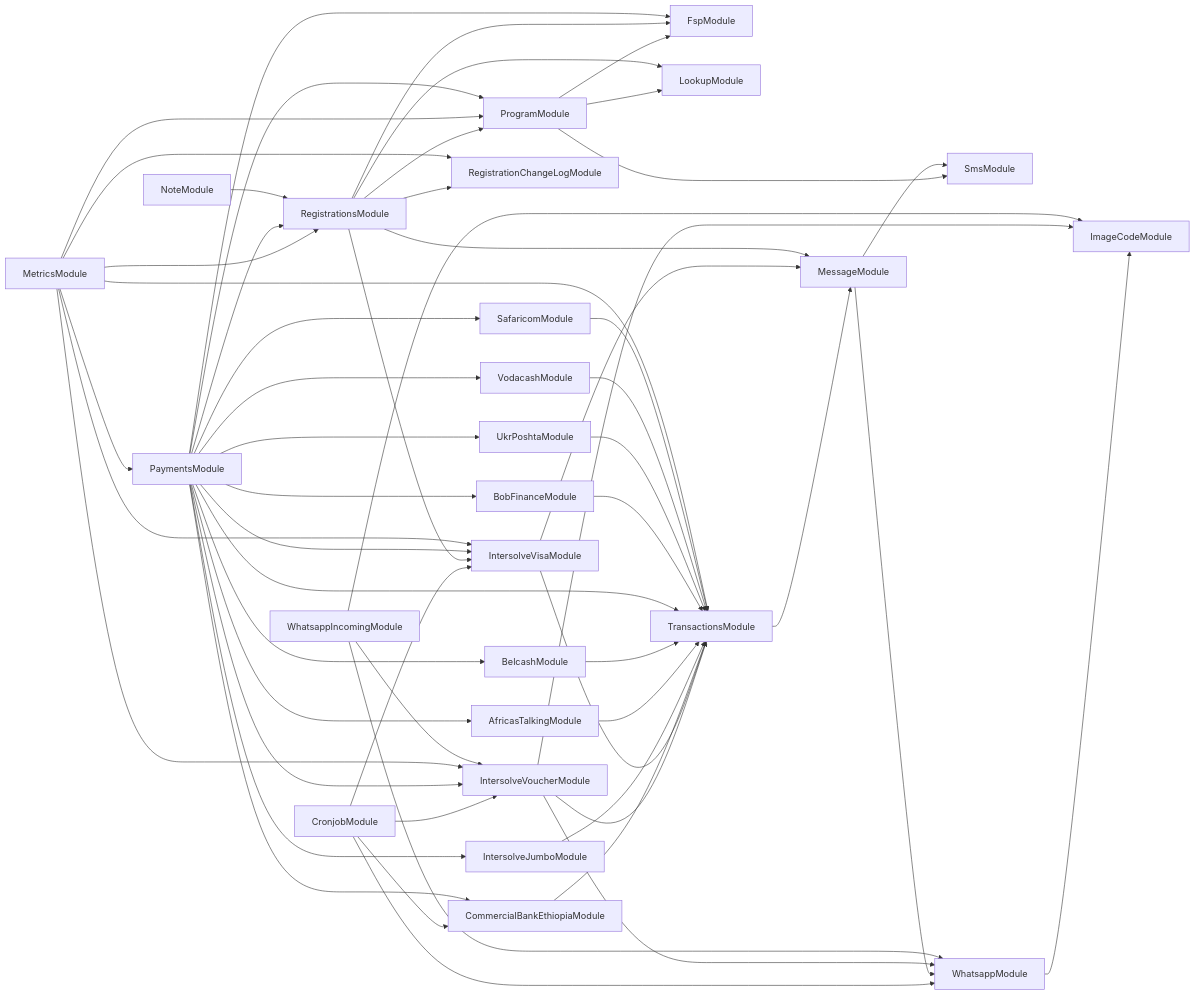
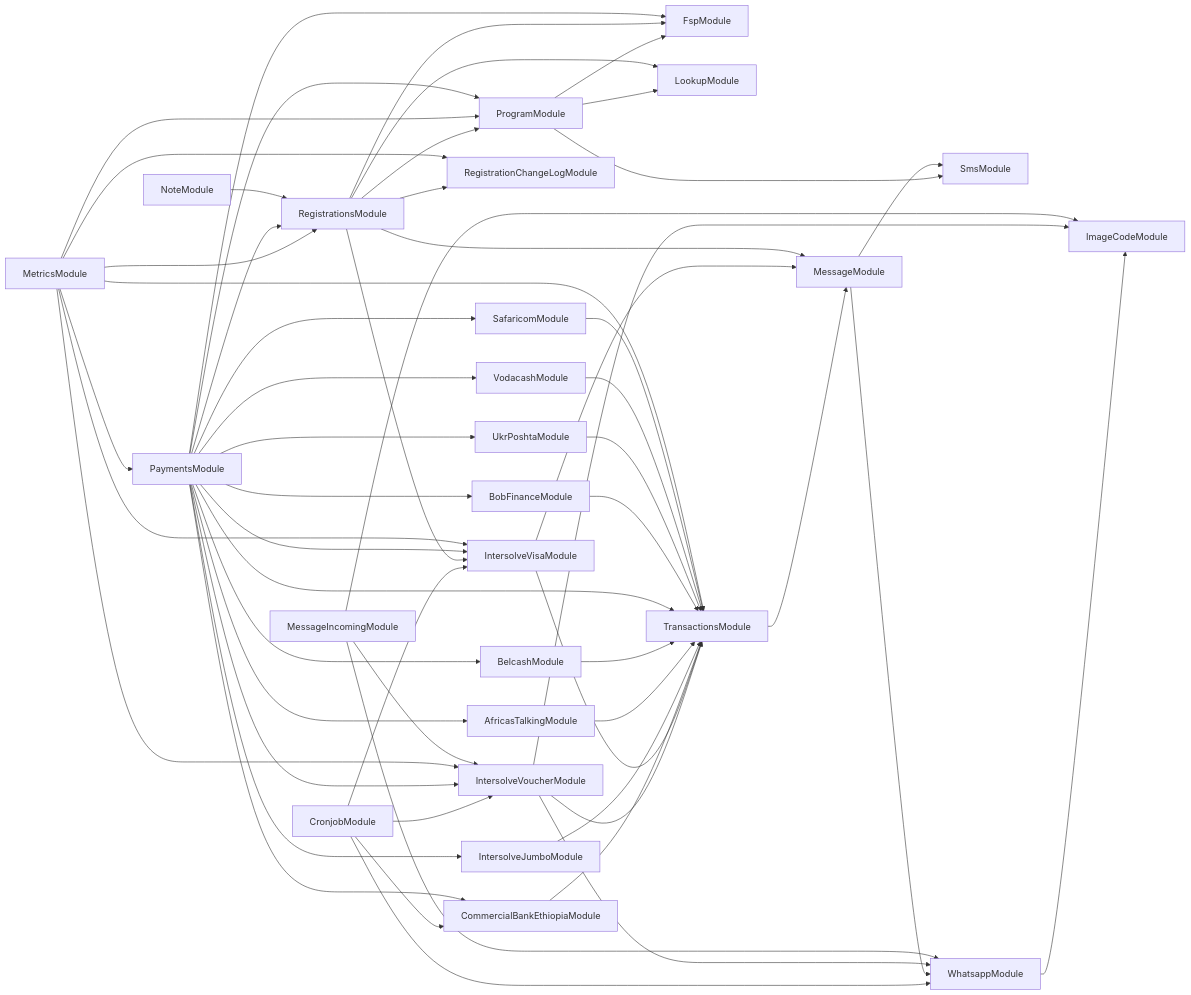
The diagram in services/121-service/module-dependencies.md (global-121/121-platform), drawn with Mermaid before and after one commit. The commit also changed 12 other files, not shown here.

````diff
--- a/services/121-service/module-dependencies.md
+++ b/services/121-service/module-dependencies.md
@@ -3,58 +3,58 @@
 ```mermaid
 graph LR
   ProgramModule-->SmsModule
   ProgramModule-->FspModule
   ProgramModule-->LookupModule
   CronjobModule-->WhatsappModule
   WhatsappModule-->ImageCodeModule
   CronjobModule-->IntersolveVoucherModule
   IntersolveVoucherModule-->ImageCodeModule
   IntersolveVoucherModule-->TransactionsModule
   TransactionsModule-->MessageModule
   MessageModule-->WhatsappModule
   MessageModule-->SmsModule
   IntersolveVoucherModule-->WhatsappModule
   CronjobModule-->IntersolveVisaModule
   IntersolveVisaModule-->TransactionsModule
   IntersolveVisaModule-->MessageModule
   CronjobModule-->CommercialBankEthiopiaModule
   CommercialBankEthiopiaModule-->TransactionsModule
   RegistrationsModule-->LookupModule
   RegistrationsModule-->ProgramModule
   RegistrationsModule-->FspModule
   RegistrationsModule-->MessageModule
   RegistrationsModule-->IntersolveVisaModule
   RegistrationsModule-->RegistrationChangeLogModule
   MetricsModule-->ProgramModule
   MetricsModule-->RegistrationsModule
   MetricsModule-->PaymentsModule
   PaymentsModule-->FspModule
   PaymentsModule-->IntersolveVoucherModule
   PaymentsModule-->IntersolveVisaModule
   PaymentsModule-->IntersolveJumboModule
   IntersolveJumboModule-->TransactionsModule
   PaymentsModule-->AfricasTalkingModule
   AfricasTalkingModule-->TransactionsModule
   PaymentsModule-->BelcashModule
   BelcashModule-->TransactionsModule
   PaymentsModule-->TransactionsModule
   PaymentsModule-->BobFinanceModule
   BobFinanceModule-->TransactionsModule
   PaymentsModule-->UkrPoshtaModule
   UkrPoshtaModule-->TransactionsModule
   PaymentsModule-->VodacashModule
   VodacashModule-->TransactionsModule
   PaymentsModule-->SafaricomModule
   SafaricomModule-->TransactionsModule
   PaymentsModule-->CommercialBankEthiopiaModule
   PaymentsModule-->RegistrationsModule
   PaymentsModule-->ProgramModule
   MetricsModule-->TransactionsModule
   MetricsModule-->IntersolveVisaModule
   MetricsModule-->IntersolveVoucherModule
   MetricsModule-->RegistrationChangeLogModule
-  WhatsappIncomingModule-->ImageCodeModule
-  WhatsappIncomingModule-->IntersolveVoucherModule
-  WhatsappIncomingModule-->WhatsappModule
+  MessageIncomingModule-->ImageCodeModule
+  MessageIncomingModule-->IntersolveVoucherModule
+  MessageIncomingModule-->WhatsappModule
   NoteModule-->RegistrationsModule
 ```
````
